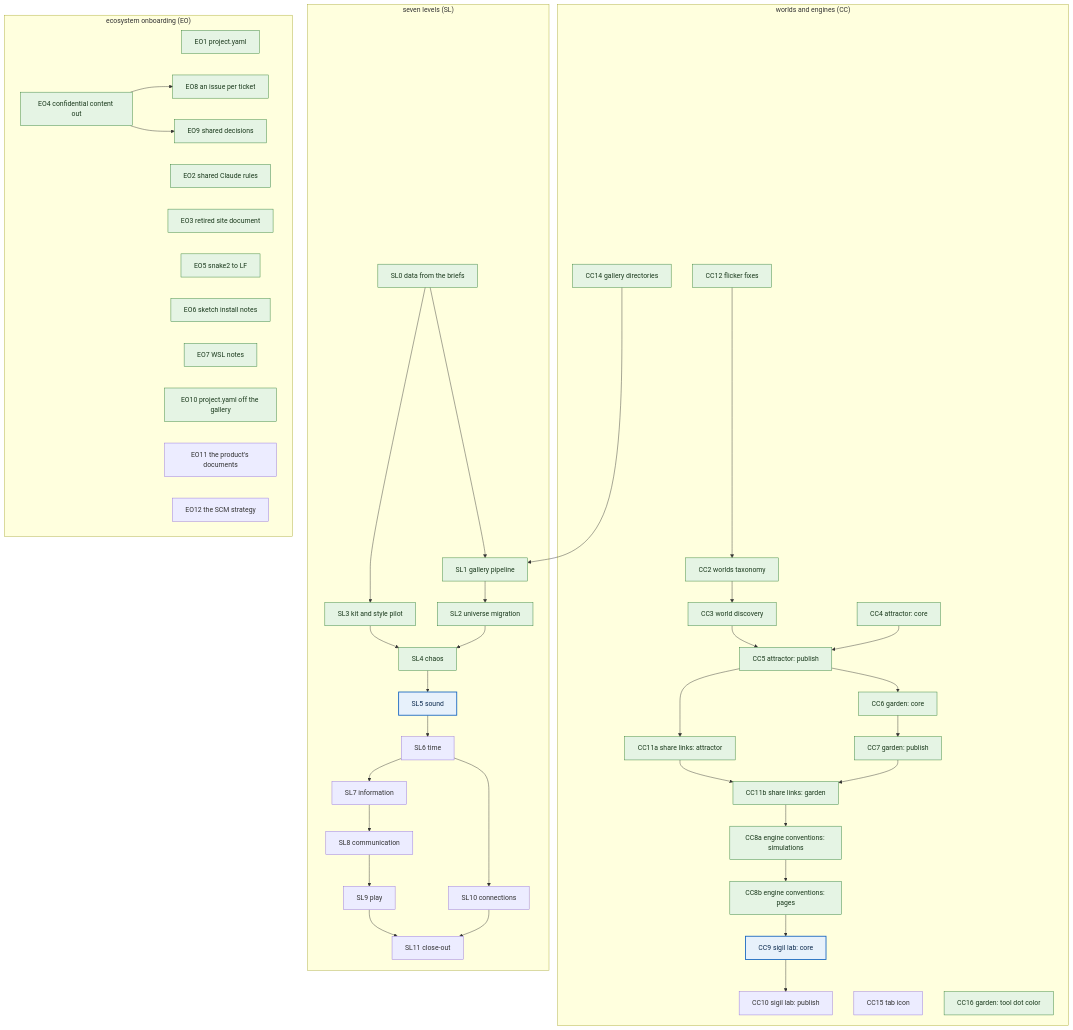
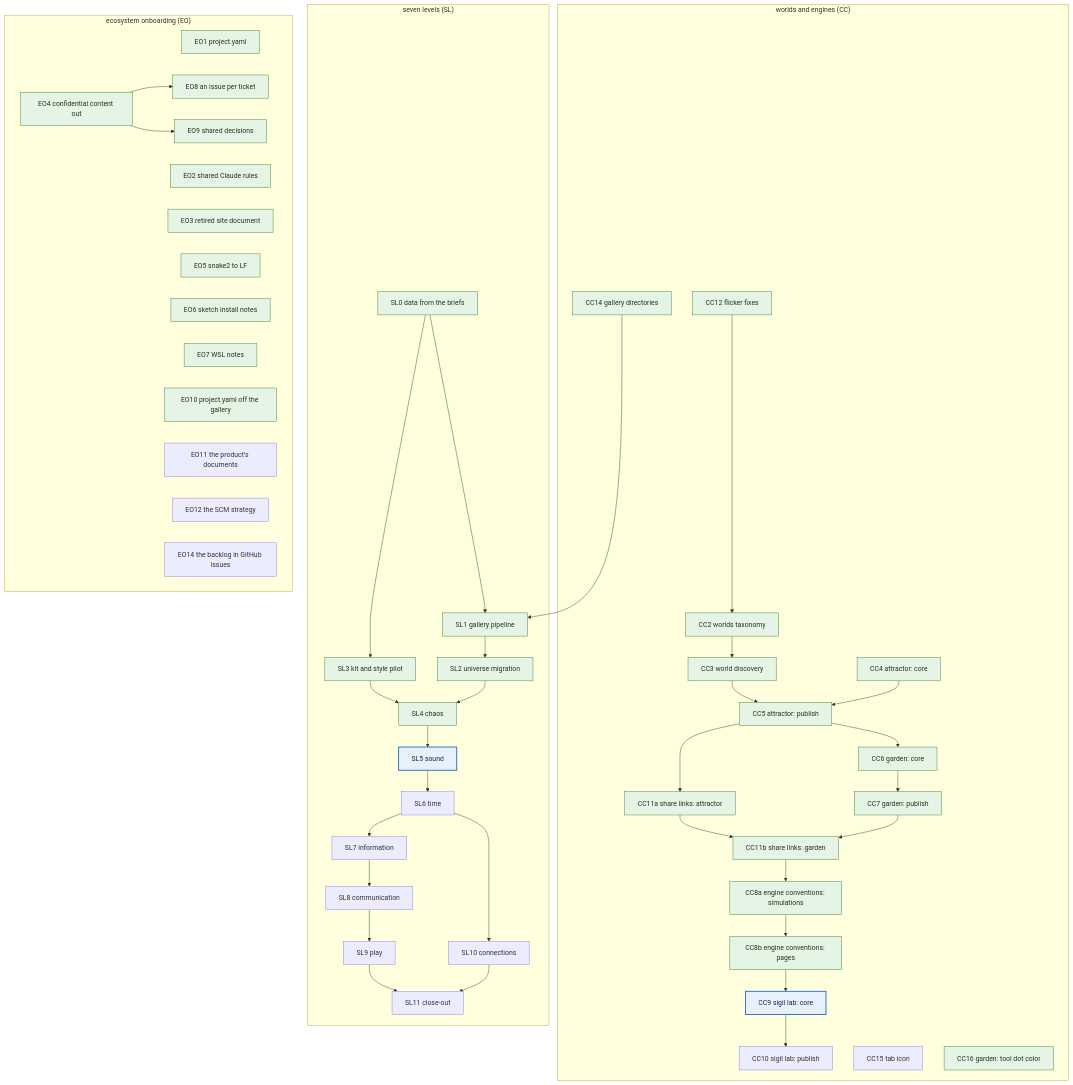
The diagram in dev_plan.md (eigenomarksamy/creative_coding), drawn with Mermaid before and after one commit. The commit also changed other lines of this file, not shown here.

Commit message:
add eo14, the backlog's move into github issues, to the ecosystem lane

````diff
--- a/dev_plan.md
+++ b/dev_plan.md
@@ -40,56 +40,57 @@
 ```mermaid
 flowchart TD
   %% when a ticket ships, add it to the done class, move the next class to its lane's next ticket, and update the lanes table above
   subgraph CCL["worlds and engines (CC)"]
     CC12["CC12 flicker fixes"] --> CC2["CC2 worlds taxonomy"]
     CC2 --> CC3["CC3 world discovery"]
     CC3 --> CC5["CC5 attractor: publish"]
     CC4["CC4 attractor: core"] --> CC5
     CC5 --> CC11a["CC11a share links: attractor"]
     CC5 --> CC6["CC6 garden: core"]
     CC6 --> CC7["CC7 garden: publish"]
     CC11a --> CC11b["CC11b share links: garden"]
     CC7 --> CC11b
     CC11b --> CC8a["CC8a engine conventions: simulations"]
     CC8a --> CC8b["CC8b engine conventions: pages"]
     CC8b --> CC9["CC9 sigil lab: core"]
     CC9 --> CC10["CC10 sigil lab: publish"]
     CC14["CC14 gallery directories"]
     CC15["CC15 tab icon"]
     CC16["CC16 garden: tool dot color"]
   end
   subgraph SLL["seven levels (SL)"]
     SL0["SL0 data from the briefs"] --> SL1["SL1 gallery pipeline"]
     SL0 --> SL3["SL3 kit and style pilot"]
     SL1 --> SL2["SL2 universe migration"]
     SL3 --> SL4["SL4 chaos"]
     SL2 --> SL4
     SL4 --> SL5["SL5 sound"]
     SL5 --> SL6["SL6 time"]
     SL6 --> SL7["SL7 information"]
     SL7 --> SL8["SL8 communication"]
     SL8 --> SL9["SL9 play"]
     SL6 --> SL10["SL10 connections"]
     SL9 --> SL11["SL11 close-out"]
     SL10 --> SL11
   end
   subgraph EOL["ecosystem onboarding (EO)"]
     EO1["EO1 project.yaml"]
     EO2["EO2 shared Claude rules"]
     EO3["EO3 retired site document"]
     EO4["EO4 confidential content out"] --> EO8["EO8 an issue per ticket"]
     EO4 --> EO9["EO9 shared decisions"]
     EO5["EO5 snake2 to LF"]
     EO6["EO6 sketch install notes"]
     EO7["EO7 WSL notes"]
     EO10["EO10 project.yaml off the gallery"]
     EO11["EO11 the product's documents"]
     EO12["EO12 the SCM strategy"]
+    EO14["EO14 the backlog in GitHub issues"]
   end
   CC14 --> SL1
 
   classDef done fill:#e5f4e4,stroke:#2e7d32,color:#1b3a1d
   classDef next fill:#e7f1fb,stroke:#1565c0,stroke-width:2px,color:#0d2b4e
   class CC12,CC2,CC3,CC4,CC14,CC5,CC11a,CC6,CC7,CC11b,CC8a,CC8b,CC16,SL0,SL1,SL2,SL3,SL4,EO1,EO4,EO2,EO3,EO9,EO8,EO5,EO6,EO7,EO10 done
   class CC9,SL5 next
 ```
````
